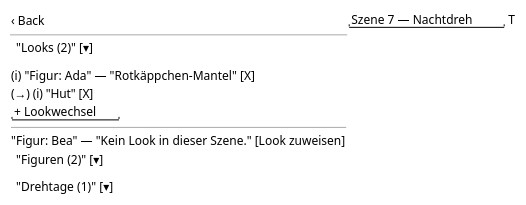
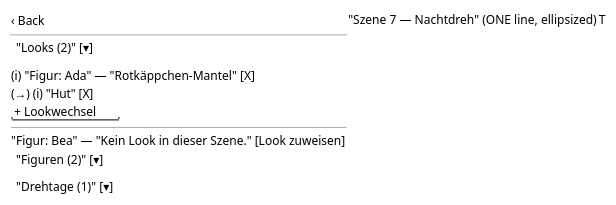
Before and after one commit to tradem/breakdown-rs: the diagram in docs/design/screens/scenes.md, drawn with PlantUML. The commit also changed 230 other files, not shown here.

````diff
--- a/docs/design/screens/scenes.md
+++ b/docs/design/screens/scenes.md
@@ -33,18 +33,18 @@
 ```plantuml
 @startsalt
 {
-  {‹ Back} | "Szene 7 — Nachtdreh" | T
+  {‹ Back} | "Szene 7 — Nachtdreh" (ONE line, ellipsized) | T
   --
   {^ "Looks (2)" [▾]}
   {
     (i) "Figur: Ada" — "Rotkäppchen-Mantel" [X]
     (→) (i) "Hut" [X]
     "+ Lookwechsel"
     --
     "Figur: Bea" — "Kein Look in dieser Szene." [Look zuweisen]
   }
   {^ "Figuren (2)" [▾]}
   {^ "Drehtage (1)" [▾]}
 }
 @endsalt
 ```
````
